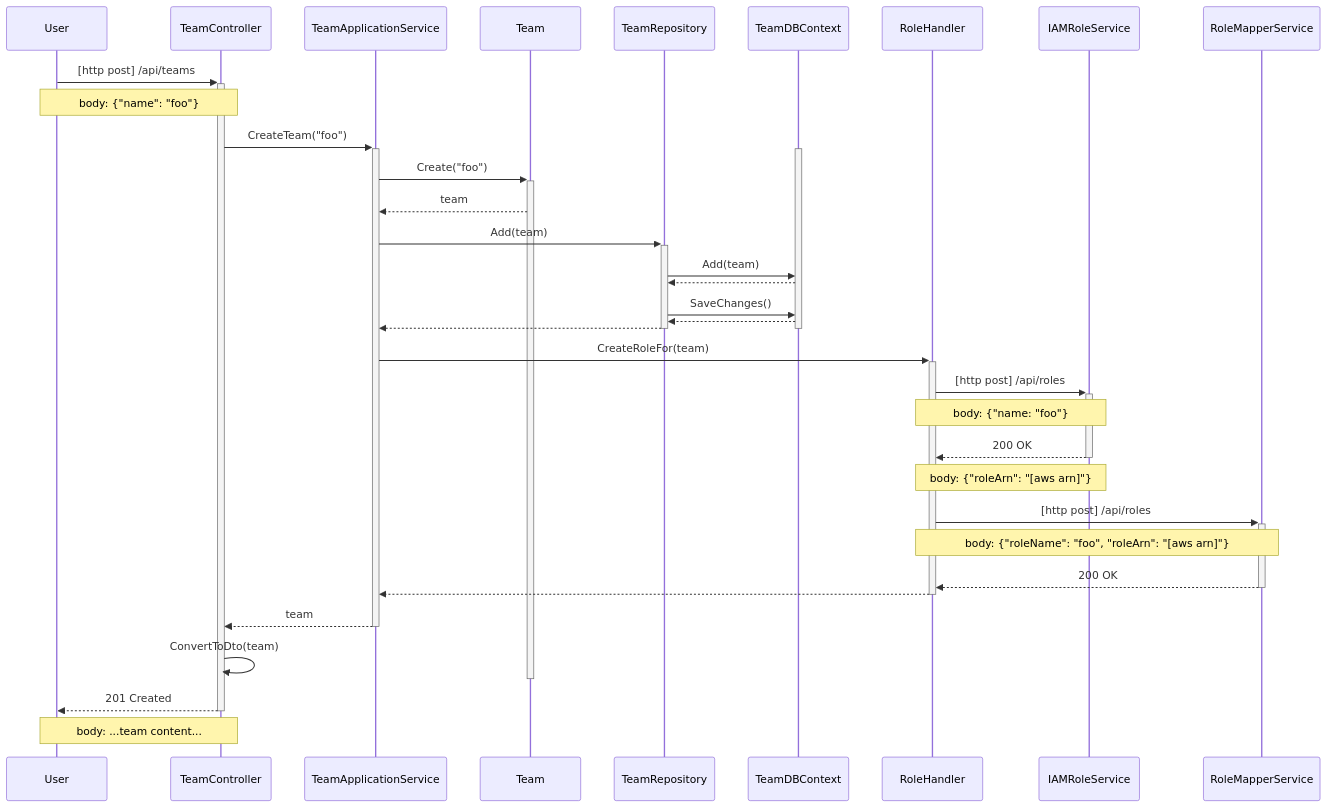
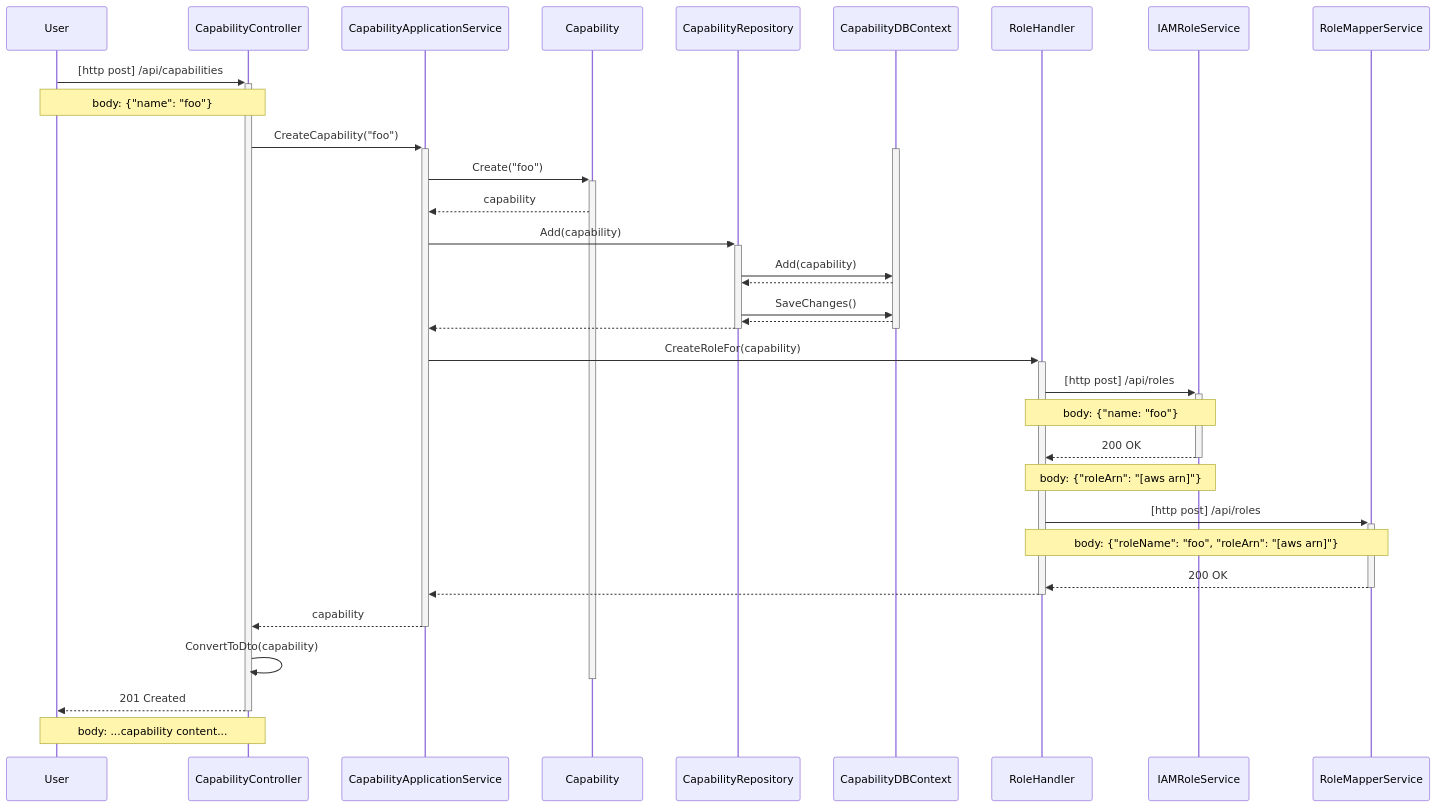
The diagram in docs/create_team.mmd (dfds/capability-service), drawn with Mermaid before and after one commit.

Commit message:
rename team to capability in mermaid sequence diagram

```diff
--- a/docs/create_team.mmd
+++ b/docs/create_team.mmd
@@ -1,41 +1,41 @@
 sequenceDiagram
 
-    User ->> +TeamController: [http post] /api/teams
-    Note over User, TeamController: body: {"name": "foo"}
+    User ->> +CapabilityController: [http post] /api/capabilities
+    Note over User, CapabilityController: body: {"name": "foo"}
 
-    TeamController ->> +TeamApplicationService: CreateTeam("foo")
+    CapabilityController ->> +CapabilityApplicationService: CreateCapability("foo")
 
-    activate TeamDBContext
+    activate CapabilityDBContext
 
-    TeamApplicationService ->> +Team: Create("foo")
-    Team -->> TeamApplicationService: team
-    TeamApplicationService ->> +TeamRepository: Add(team)
+    CapabilityApplicationService ->> +Capability: Create("foo")
+    Capability -->> CapabilityApplicationService: capability
+    CapabilityApplicationService ->> +CapabilityRepository: Add(capability)
     
-    TeamRepository ->> TeamDBContext: Add(team)
-    TeamDBContext -->> TeamRepository: 
-    TeamRepository ->> TeamDBContext: SaveChanges()
-    TeamDBContext -->> TeamRepository: 
-    TeamRepository -->> -TeamApplicationService: 
+    CapabilityRepository ->> CapabilityDBContext: Add(capability)
+    CapabilityDBContext -->> CapabilityRepository: 
+    CapabilityRepository ->> CapabilityDBContext: SaveChanges()
+    CapabilityDBContext -->> CapabilityRepository: 
+    CapabilityRepository -->> -CapabilityApplicationService: 
 
-    deactivate TeamDBContext
+    deactivate CapabilityDBContext
 
-    TeamApplicationService ->> +RoleHandler: CreateRoleFor(team)
+    CapabilityApplicationService ->> +RoleHandler: CreateRoleFor(capability)
 
     RoleHandler ->> +IAMRoleService: [http post] /api/roles
     Note over RoleHandler,IAMRoleService: body: {"name: "foo"}
     IAMRoleService -->> -RoleHandler: 200 OK
     Note over RoleHandler,IAMRoleService: body: {"roleArn": "[aws arn]"}
 
     RoleHandler ->> +RoleMapperService: [http post] /api/roles
     Note over RoleHandler,RoleMapperService: body: {"roleName": "foo", "roleArn": "[aws arn]"}
     RoleMapperService -->> -RoleHandler: 200 OK
 
-    RoleHandler -->> -TeamApplicationService: 
+    RoleHandler -->> -CapabilityApplicationService: 
 
-    TeamApplicationService -->> -TeamController: team
+    CapabilityApplicationService -->> -CapabilityController: capability
 
-    TeamController ->> TeamController: ConvertToDto(team)
-    deactivate Team
+    CapabilityController ->> CapabilityController: ConvertToDto(capability)
+    deactivate Capability
 
-    TeamController -->> -User: 201 Created
-    Note over TeamController,User: body: ...team content...
+    CapabilityController -->> -User: 201 Created
+    Note over CapabilityController,User: body: ...capability content...
```
